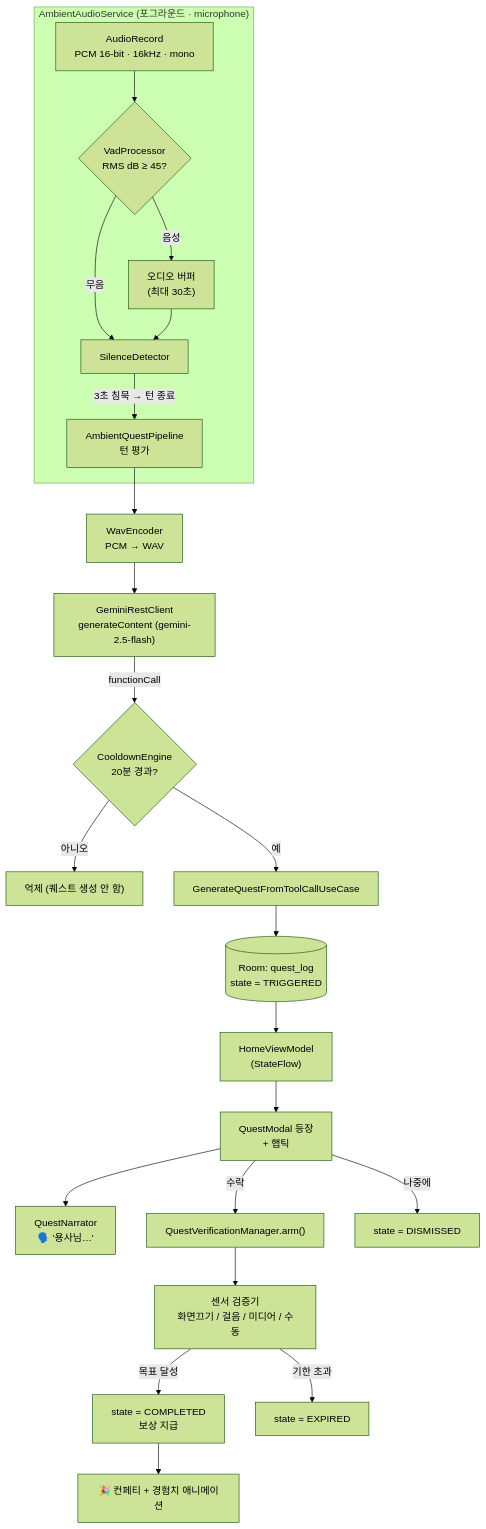
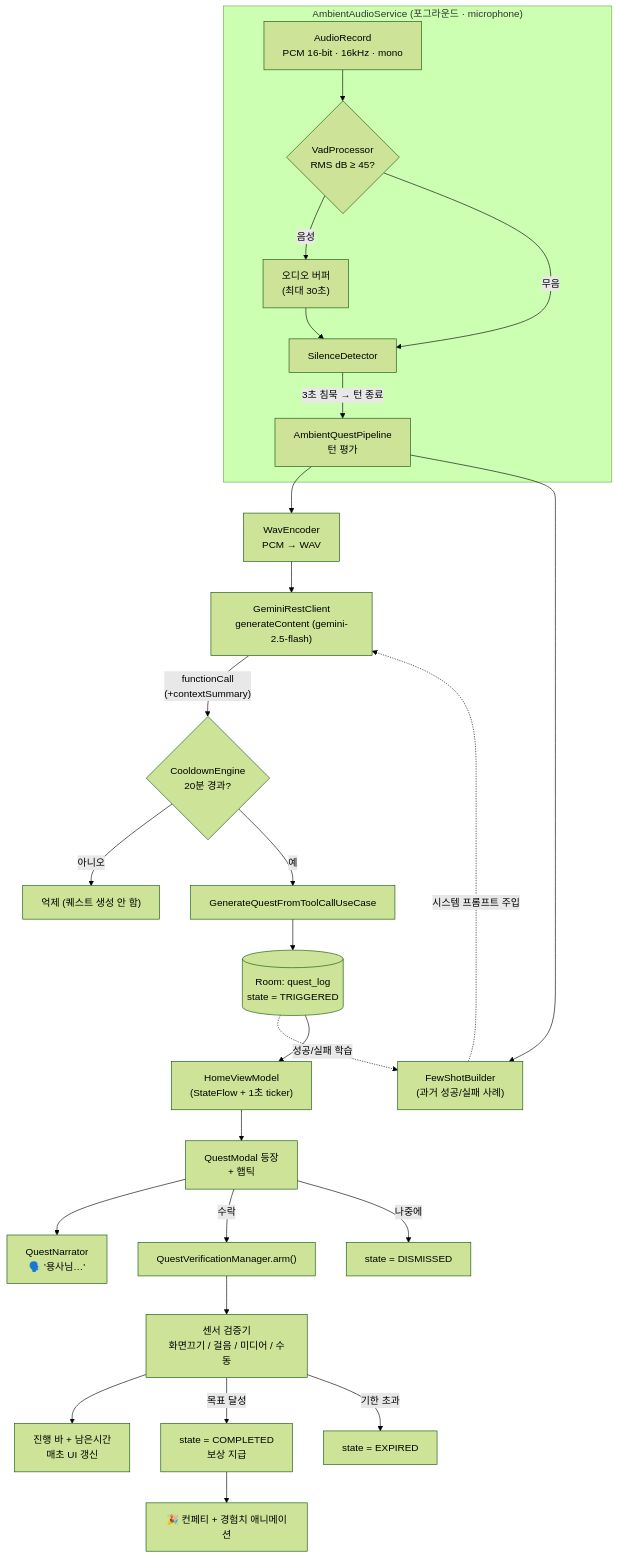
Before and after one commit to RefXTeam/quest-ai-android: the first of 4 diagrams in README.md, drawn with Mermaid (forest theme). The commit also changed other lines of this file and 6 other files, not shown here.

First line of the commit message:
feat: 온디바이스 자동 few-shot 주입 + 문서 갱신

````diff
--- a/README.md
+++ b/README.md
@@ -28,28 +30,32 @@
 ```mermaid
 flowchart TD
     subgraph SVC["AmbientAudioService (포그라운드 · microphone)"]
         Mic["AudioRecord<br/>PCM 16-bit · 16kHz · mono"] --> VAD{"VadProcessor<br/>RMS dB ≥ 45?"}
         VAD -->|"음성"| Buf["오디오 버퍼<br/>(최대 30초)"]
         VAD -->|"무음"| Sil["SilenceDetector"]
         Buf --> Sil
         Sil -->|"3초 침묵 → 턴 종료"| Eval
     end
 
     Eval["AmbientQuestPipeline<br/>턴 평가"] --> Wav["WavEncoder<br/>PCM → WAV"]
+    Eval --> FS["FewShotBuilder<br/>(과거 성공/실패 사례)"]
     Wav --> Rest["GeminiRestClient<br/>generateContent (gemini-2.5-flash)"]
-    Rest -->|"functionCall"| Cool{"CooldownEngine<br/>20분 경과?"}
+    FS -.->|"시스템 프롬프트 주입"| Rest
+    Rest -->|"functionCall<br/>(+contextSummary)"| Cool{"CooldownEngine<br/>20분 경과?"}
     Cool -->|"아니오"| Drop["억제 (퀘스트 생성 안 함)"]
     Cool -->|"예"| Gen["GenerateQuestFromToolCallUseCase"]
 
     Gen --> Room[("Room: quest_log<br/>state = TRIGGERED")]
-    Room --> VM["HomeViewModel<br/>(StateFlow)"]
+    Room -.->|"성공/실패 학습"| FS
+    Room --> VM["HomeViewModel<br/>(StateFlow + 1초 ticker)"]
     VM --> Modal["QuestModal 등장<br/>+ 햅틱"]
     Modal --> TTS["QuestNarrator<br/>🗣️ '용사님…'"]
 
     Modal -->|"수락"| Arm["QuestVerificationManager.arm()"]
     Modal -->|"나중에"| Dismiss["state = DISMISSED"]
     Arm --> Verify["센서 검증기<br/>화면끄기 / 걸음 / 미디어 / 수동"]
+    Verify --> Prog["진행 바 + 남은시간<br/>매초 UI 갱신"]
     Verify -->|"목표 달성"| Done["state = COMPLETED<br/>보상 지급"]
     Verify -->|"기한 초과"| Exp["state = EXPIRED"]
     Done --> Conf["🎉 컨페티 + 경험치 애니메이션"]
 ```
````
